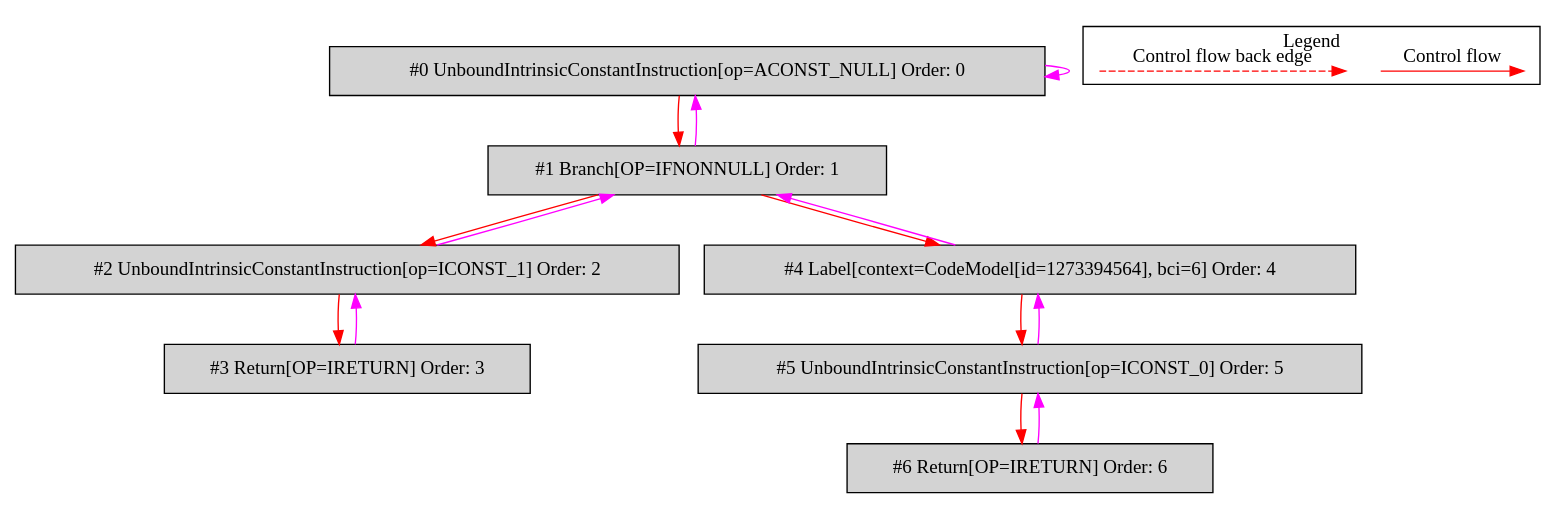
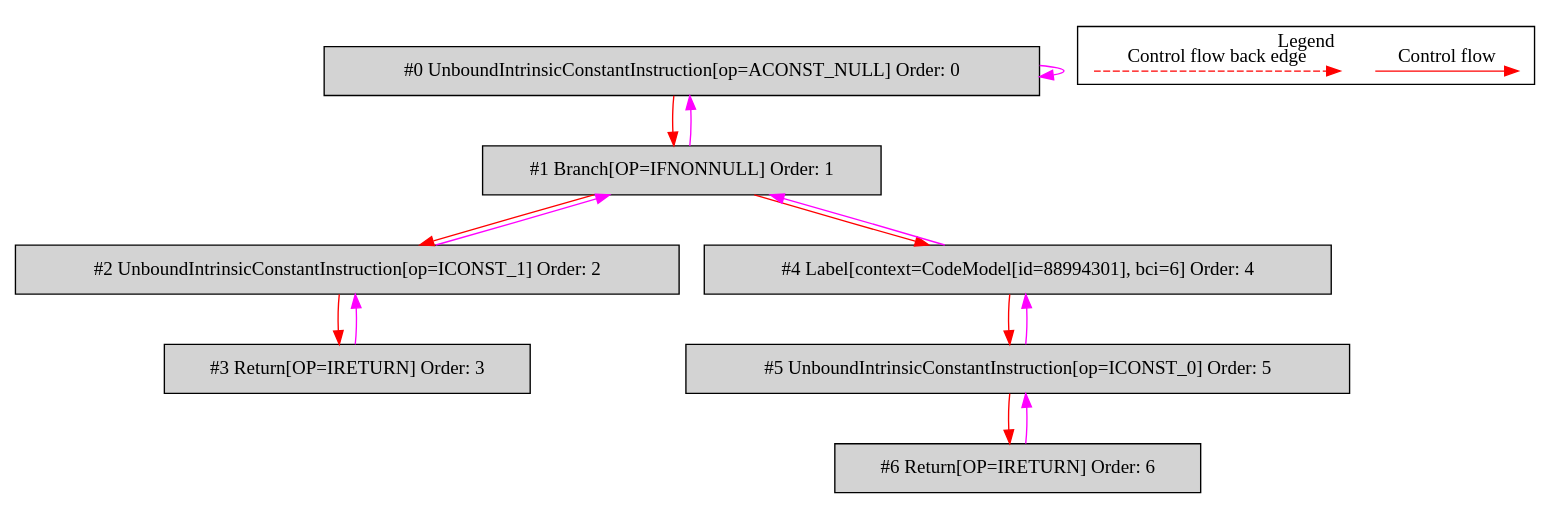
Before and after one commit to mirkosertic/MetaIR: the diagram in de.mirkosertic.metair.ir.OpcodeIFNONNULLTest/test_IFNONNULL/bytecodecfg.dot, drawn with Graphviz. The commit also changed 710 other files, not shown here.

```diff
--- a/de.mirkosertic.metair.ir.OpcodeIFNONNULLTest/test_IFNONNULL/bytecodecfg.dot
+++ b/de.mirkosertic.metair.ir.OpcodeIFNONNULLTest/test_IFNONNULL/bytecodecfg.dot
@@ -1,37 +1,37 @@
 digraph {
  ordering="in";
  node0[label="#0 UnboundIntrinsicConstantInstruction[op=ACONST_NULL] Order: 0", shape=box, fillcolor=lightgrey, style=filled];
  node1[label="#1 Branch[OP=IFNONNULL] Order: 1", shape=box, fillcolor=lightgrey, style=filled];
  node2[label="#2 UnboundIntrinsicConstantInstruction[op=ICONST_1] Order: 2", shape=box, fillcolor=lightgrey, style=filled];
  node3[label="#3 Return[OP=IRETURN] Order: 3", shape=box, fillcolor=lightgrey, style=filled];
- node4[label="#4 Label[context=CodeModel[id=1273394564], bci=6] Order: 4", shape=box, fillcolor=lightgrey, style=filled];
+ node4[label="#4 Label[context=CodeModel[id=88994301], bci=6] Order: 4", shape=box, fillcolor=lightgrey, style=filled];
  node5[label="#5 UnboundIntrinsicConstantInstruction[op=ICONST_0] Order: 5", shape=box, fillcolor=lightgrey, style=filled];
  node6[label="#6 Return[OP=IRETURN] Order: 6", shape=box, fillcolor=lightgrey, style=filled];
  node0 -> node0[color=fuchsia];
  node0 -> node1[color=red];
  node1 -> node0[color=fuchsia];
  node1 -> node2[color=red];
  node2 -> node1[color=fuchsia];
  node2 -> node3[color=red];
  node3 -> node2[color=fuchsia];
  node1 -> node4[color=red];
  node4 -> node1[color=fuchsia];
  node4 -> node5[color=red];
  node5 -> node4[color=fuchsia];
  node5 -> node6[color=red];
  node6 -> node5[color=fuchsia];
  subgraph cluster_000 {
   label = "Legend";
   node [shape=point]
   {
    rank=same;
    c0 [style = invis];
    c1 [style = invis];
    c2 [style = invis];
    c3 [style = invis];
   }
   c0 -> c1 [label="Control flow", style=solid, color=red]
   c2 -> c3 [label="Control flow back edge", style=dashed, color=red]
  }
 
 }
```
